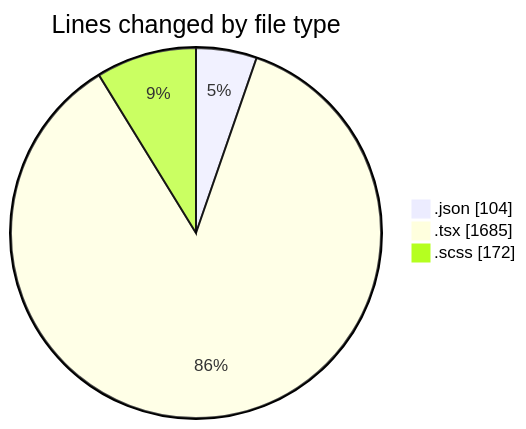
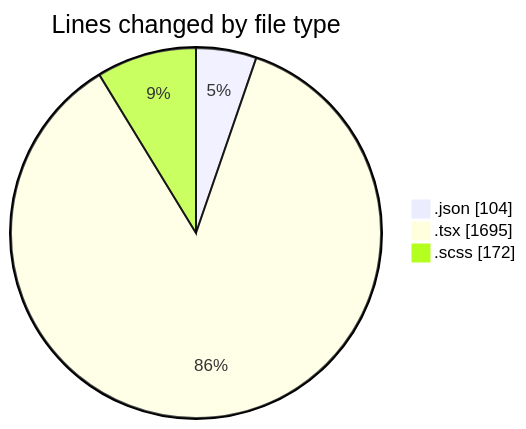
The first of 2 diagrams in 2025-08-20/cda/README.md (momahboobian/code-tracking), drawn with Mermaid before and after one commit. The commit also changed other lines of this file and 1 other file, not shown here.

````diff
--- a/2025-08-20/cda/README.md
+++ b/2025-08-20/cda/README.md
@@ -26,7 +26,7 @@
 ```mermaid
 pie showData
 title Lines changed by file type
 ".json" : 104
-".tsx" : 1685
+".tsx" : 1695
 ".scss" : 172
 ```
````
